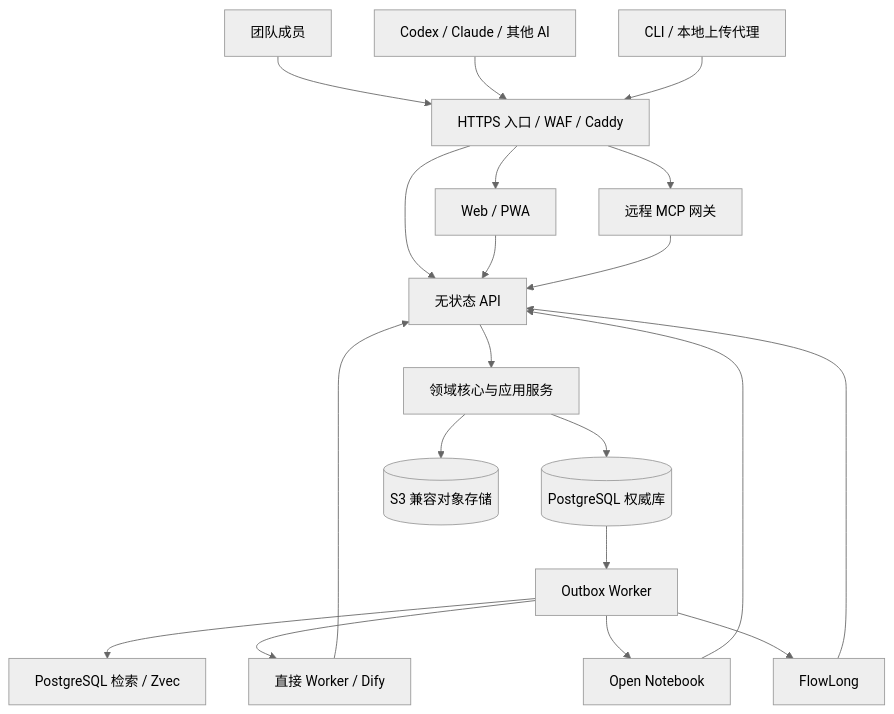
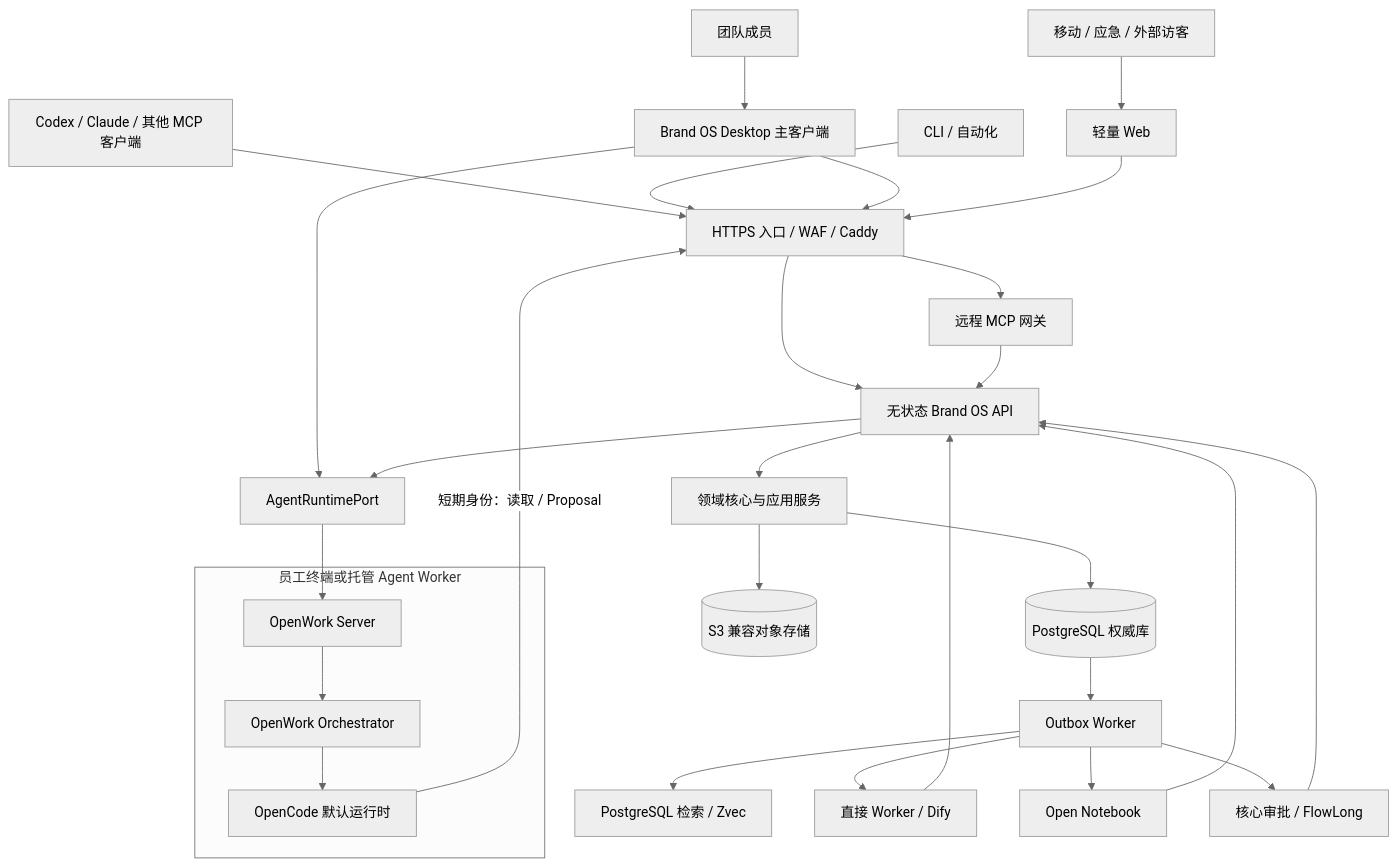
Before and after one commit to xingranya/fox: the diagram in docs/plan/team-server-architecture.md, drawn with Mermaid (neutral theme). The commit also changed other lines of this file and 41 other files, not shown here.

````diff
--- a/docs/plan/team-server-architecture.md
+++ b/docs/plan/team-server-architecture.md
@@ -9,22 +24,33 @@
-~~~mermaid
+```mermaid
 flowchart TB
-    HUMAN["团队成员"] --> EDGE["HTTPS 入口 / WAF / Caddy"]
-    AI["Codex / Claude / 其他 AI"] --> EDGE
-    CLI["CLI / 本地上传代理"] --> EDGE
-    EDGE --> WEB["Web / PWA"]
-    EDGE --> API["无状态 API"]
+    HUMAN["团队成员"] --> DESKTOP["Brand OS Desktop 主客户端"]
+    MOBILE["移动 / 应急 / 外部访客"] --> WEB["轻量 Web"]
+    OTHERAI["Codex / Claude / 其他 MCP 客户端"] --> EDGE["HTTPS 入口 / WAF / Caddy"]
+    CLI["CLI / 自动化"] --> EDGE
+    DESKTOP --> EDGE
+    WEB --> EDGE
+
+    EDGE --> API["无状态 Brand OS API"]
     EDGE --> MCP["远程 MCP 网关"]
-    WEB --> API
     MCP --> API
     API --> CORE["领域核心与应用服务"]
     CORE --> PG[("PostgreSQL 权威库")]
     CORE --> S3[("S3 兼容对象存储")]
-    PG --> WORKER["Outbox Worker"]
-    WORKER --> SEARCH["PostgreSQL 检索 / Zvec"]
-    WORKER --> AIWF["直接 Worker / Dify"]
-    WORKER --> NOTEBOOK["Open Notebook"]
-    WORKER --> FLOW["FlowLong"]
+    PG --> OUTBOX["Outbox Worker"]
+
+    DESKTOP --> ARP["AgentRuntimePort"]
+    API --> ARP
+    subgraph WORKER["员工终端或托管 Agent Worker"]
+        OWS["OpenWork Server"] --> ORCH["OpenWork Orchestrator"] --> OC["OpenCode 默认运行时"]
+    end
+    ARP --> OWS
+    OC -->|"短期身份：读取 / Proposal"| EDGE
+
+    OUTBOX --> SEARCH["PostgreSQL 检索 / Zvec"]
+    OUTBOX --> AIWF["直接 Worker / Dify"]
+    OUTBOX --> NOTEBOOK["Open Notebook"]
+    OUTBOX --> FLOW["核心审批 / FlowLong"]
     AIWF --> API
     NOTEBOOK --> API
     FLOW --> API
-~~~
+```
````
